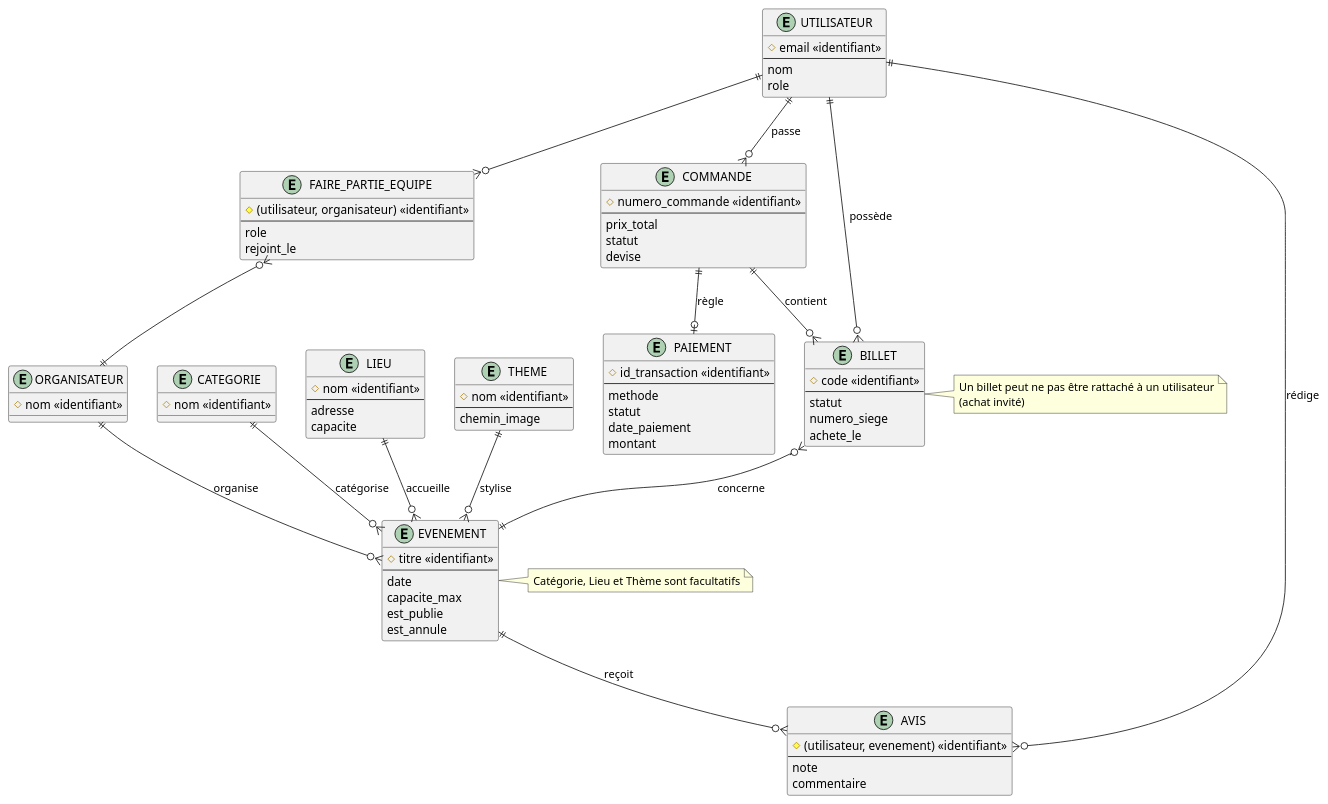
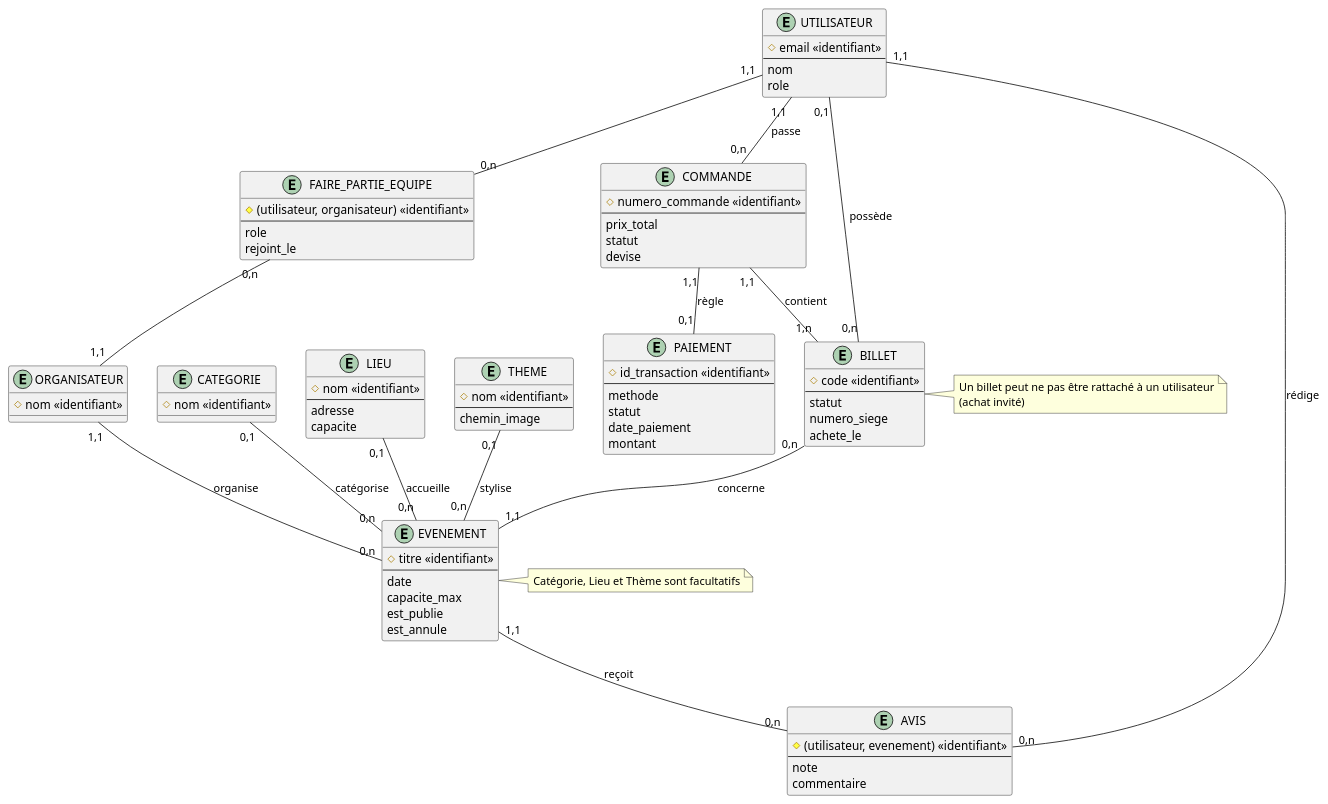
Before and after one commit to CorentinCoulet/M-C-Billetterie: the diagram in diagrams/merise/mcd-billetterie.puml, drawn with PlantUML. The commit also changed 2 other files, not shown here.

```diff
--- a/diagrams/merise/mcd-billetterie.puml
+++ b/diagrams/merise/mcd-billetterie.puml
@@ -1,105 +1,128 @@
 @startuml MCD-Billetterie
 
 ' === ENTITÉS (conceptuel, avec identifiants métier) ===
 entity UTILISATEUR {
   # email <<identifiant>>
   --
   nom
   role
 }
 
 entity ORGANISATEUR {
   # nom <<identifiant>>
 }
 
 entity EVENEMENT {
   # titre <<identifiant>>
   --
   date
   capacite_max
   est_publie
   est_annule
 }
 
 entity COMMANDE {
   # numero_commande <<identifiant>>
   --
   prix_total
   statut
   devise
 }
 
 entity BILLET {
   # code <<identifiant>>
   --
   statut
   numero_siege
   achete_le
 }
 
 entity PAIEMENT {
   # id_transaction <<identifiant>>
   --
   methode
   statut
   date_paiement
   montant
 }
 
 entity CATEGORIE {
   # nom <<identifiant>>
 }
 
 entity LIEU {
   # nom <<identifiant>>
   --
   adresse
   capacite
 }
 
 entity AVIS {
   # (utilisateur, evenement) <<identifiant>>
   --
   note
   commentaire
 }
 
 entity THEME {
   # nom <<identifiant>>
   --
   chemin_image
 }
 
 ' Association porteuse d'attributs (conceptuelle)
 entity FAIRE_PARTIE_EQUIPE {
   # (utilisateur, organisateur) <<identifiant>>
   --
   role
   rejoint_le
 }
 
 ' === RELATIONS ET CARDINALITÉS (conceptuel) ===
-UTILISATEUR ||--o{ COMMANDE : passe
-COMMANDE ||--o{ BILLET : contient
-BILLET }o--|| EVENEMENT : concerne
-UTILISATEUR ||--o{ BILLET : possède
-ORGANISATEUR ||--o{ EVENEMENT : organise
-CATEGORIE ||--o{ EVENEMENT : catégorise
-LIEU ||--o{ EVENEMENT : accueille
-UTILISATEUR ||--o{ AVIS : rédige
-EVENEMENT ||--o{ AVIS : reçoit
-THEME ||--o{ EVENEMENT : stylise
-UTILISATEUR ||--o{ FAIRE_PARTIE_EQUIPE
-FAIRE_PARTIE_EQUIPE }o--|| ORGANISATEUR
-COMMANDE ||--o| PAIEMENT : règle
+' Un utilisateur passe 0,n commandes - Une commande est passée par 1,1 utilisateur
+UTILISATEUR "1,1" -- "0,n" COMMANDE : passe
+
+' Une commande contient 1,n billets - Un billet est contenu dans 1,1 commande
+COMMANDE "1,1" -- "1,n" BILLET : contient
+
+' Un billet concerne 1,1 événement - Un événement a 0,n billets
+BILLET "0,n" -- "1,1" EVENEMENT : concerne
+
+' Un utilisateur possède 0,n billets - Un billet peut être possédé par 0,1 utilisateur (invité)
+UTILISATEUR "0,1" -- "0,n" BILLET : possède
+
+' Un organisateur organise 0,n événements - Un événement est organisé par 1,1 organisateur
+ORGANISATEUR "1,1" -- "0,n" EVENEMENT : organise
+
+' Une catégorie catégorise 0,n événements - Un événement a 0,1 catégorie
+CATEGORIE "0,1" -- "0,n" EVENEMENT : catégorise
+
+' Un lieu accueille 0,n événements - Un événement se déroule dans 0,1 lieu
+LIEU "0,1" -- "0,n" EVENEMENT : accueille
+
+' Un utilisateur rédige 0,n avis - Un avis est rédigé par 1,1 utilisateur
+UTILISATEUR "1,1" -- "0,n" AVIS : rédige
+
+' Un événement reçoit 0,n avis - Un avis concerne 1,1 événement
+EVENEMENT "1,1" -- "0,n" AVIS : reçoit
+
+' Un thème stylise 0,n événements - Un événement a 0,1 thème
+THEME "0,1" -- "0,n" EVENEMENT : stylise
+
+' Un utilisateur fait partie de 0,n équipes - Association ternaire
+UTILISATEUR "1,1" -- "0,n" FAIRE_PARTIE_EQUIPE
+FAIRE_PARTIE_EQUIPE "0,n" -- "1,1" ORGANISATEUR
+
+' Une commande est réglée par 0,1 paiement - Un paiement règle 1,1 commande
+COMMANDE "1,1" -- "0,1" PAIEMENT : règle
 
 note right of EVENEMENT
   Catégorie, Lieu et Thème sont facultatifs
 end note
 
 note right of BILLET
   Un billet peut ne pas être rattaché à un utilisateur
   (achat invité)
 end note
 
 @enduml
```
